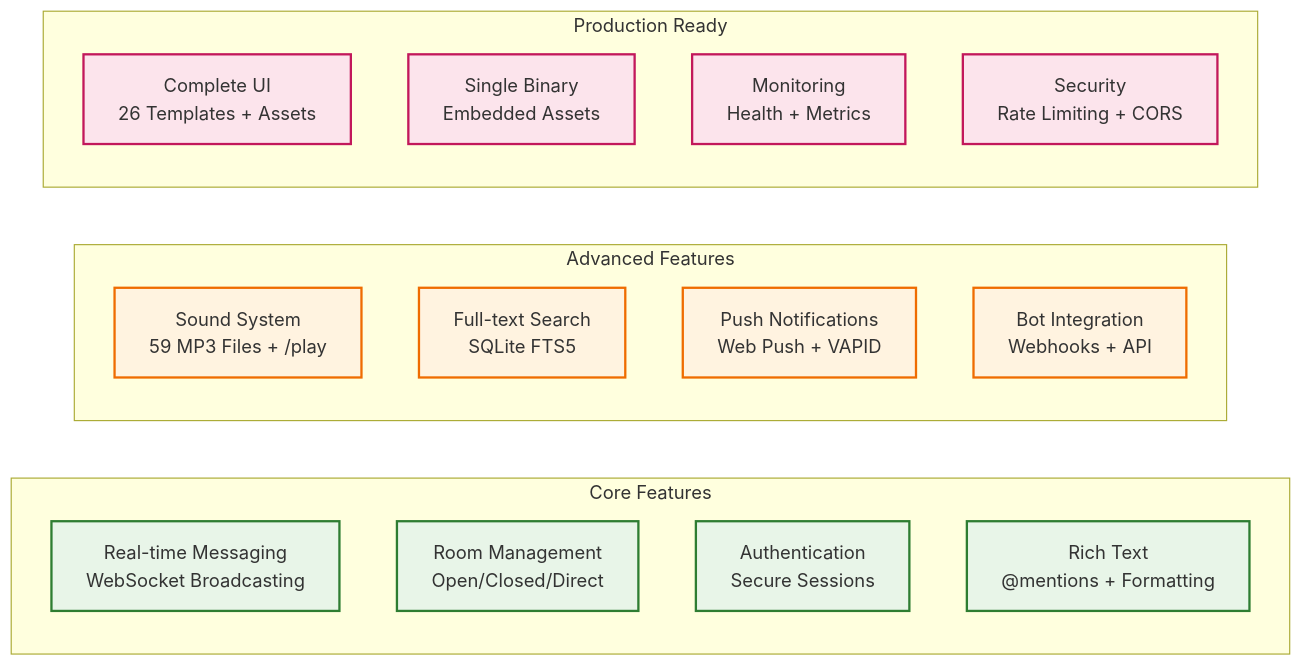
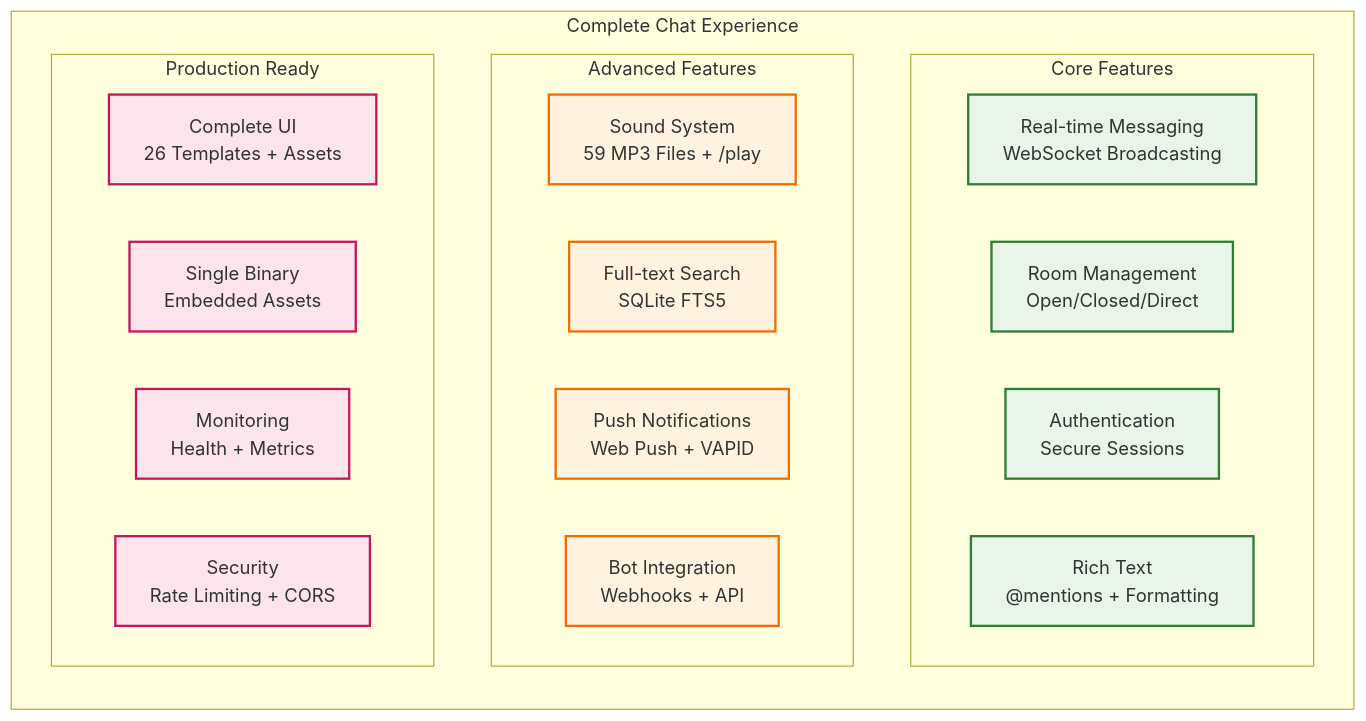
The fourth of 12 diagrams in README.md (that-in-rust/campfire-on-rust), drawn with Mermaid before and after one commit. The commit also changed other lines of this file, not shown here.

````diff
--- a/README.md
+++ b/README.md
@@ -146,34 +150,34 @@
 ```mermaid
-graph LR
-    subgraph "Core Features"
+graph TD
+    subgraph "Complete Chat Experience"
         direction TB
-        RT[Real-time Messaging<br/>WebSocket Broadcasting]
-        RM[Room Management<br/>Open/Closed/Direct]
-        AU[Authentication<br/>Secure Sessions]
-        RX[Rich Text<br/>@mentions + Formatting]
-    end
-    
-    subgraph "Advanced Features"
-        direction TB
-        SO[Sound System<br/>59 MP3 Files + /play]
-        SE[Full-text Search<br/>SQLite FTS5]
-        PN[Push Notifications<br/>Web Push + VAPID]
-        BI[Bot Integration<br/>Webhooks + API]
-    end
-    
-    subgraph "Production Ready"
-        direction TB
-        UI[Complete UI<br/>26 Templates + Assets]
-        SB[Single Binary<br/>Embedded Assets]
-        MO[Monitoring<br/>Health + Metrics]
-        SE2[Security<br/>Rate Limiting + CORS]
+        subgraph "Core Features"
+            RT[Real-time Messaging<br/>WebSocket Broadcasting]
+            RM[Room Management<br/>Open/Closed/Direct]
+            AU[Authentication<br/>Secure Sessions]
+            RX[Rich Text<br/>@mentions + Formatting]
+        end
+        
+        subgraph "Advanced Features"
+            SO[Sound System<br/>59 MP3 Files + /play]
+            SE[Full-text Search<br/>SQLite FTS5]
+            PN[Push Notifications<br/>Web Push + VAPID]
+            BI[Bot Integration<br/>Webhooks + API]
+        end
+        
+        subgraph "Production Ready"
+            UI[Complete UI<br/>26 Templates + Assets]
+            SB[Single Binary<br/>Embedded Assets]
+            MO[Monitoring<br/>Health + Metrics]
+            SE2[Security<br/>Rate Limiting + CORS]
+        end
     end
     
     classDef core fill:#e8f5e8,stroke:#2e7d32,stroke-width:2px
     classDef advanced fill:#fff3e0,stroke:#ef6c00,stroke-width:2px
     classDef production fill:#fce4ec,stroke:#c2185b,stroke-width:2px
     
     class RT,RM,AU,RX core
     class SO,SE,PN,BI advanced
     class UI,SB,MO,SE2 production
 ```
````
